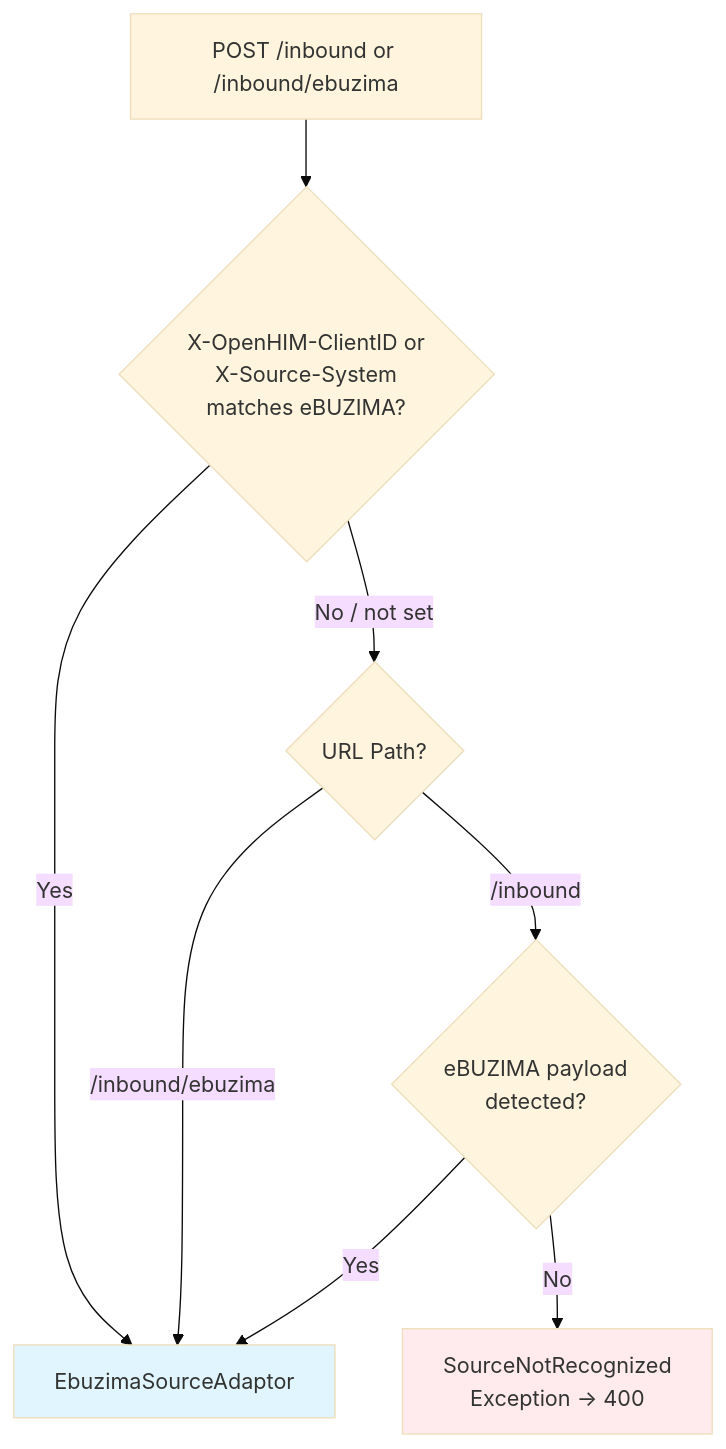
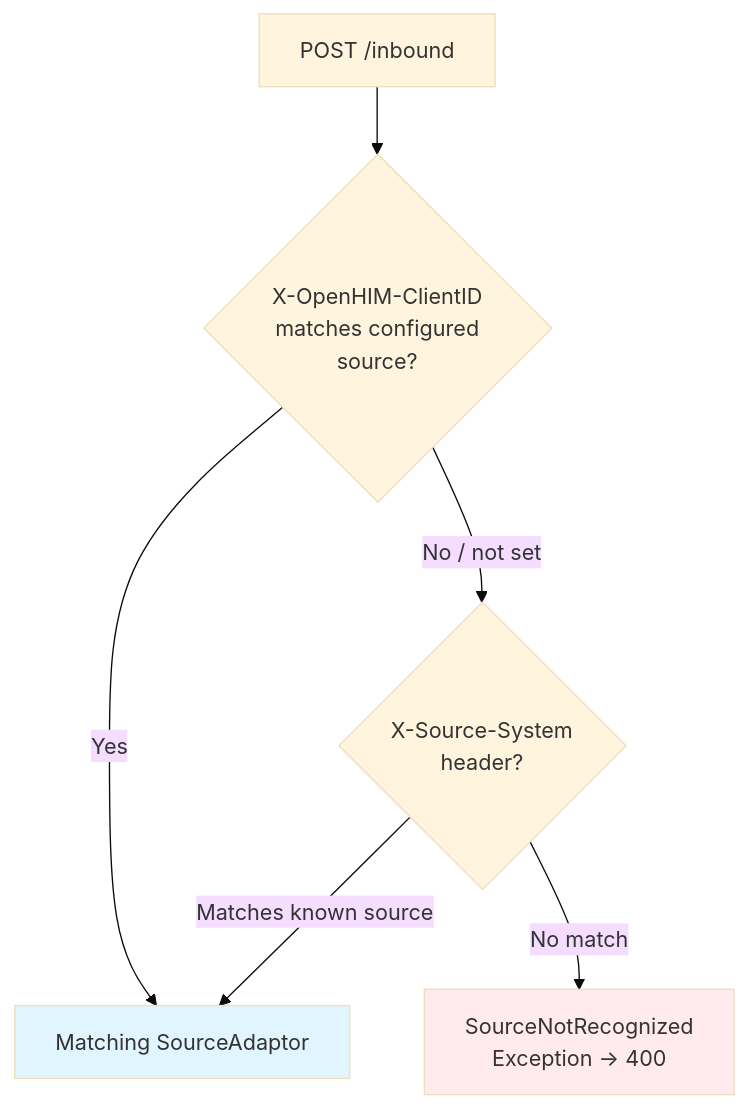
The third of 8 diagrams in docs/flow-diagrams.md (Jayaprakash8887/openhim-cce-emitter-adaptor), drawn with Mermaid (base theme) before and after one commit. The commit also changed other lines of this file and 5 other files, not shown here.

````diff
--- a/docs/flow-diagrams.md
+++ b/docs/flow-diagrams.md
@@ -96,16 +96,13 @@
 ```mermaid
 flowchart TD
-    A[POST /inbound or /inbound/ebuzima] --> B{X-OpenHIM-ClientID or<br/>X-Source-System<br/>matches eBUZIMA?}
+    A[POST /inbound] --> B{X-OpenHIM-ClientID<br/>matches configured<br/>source?}
 
-    B -->|Yes| C[EbuzimaSourceAdaptor]
-    B -->|No / not set| G{URL Path?}
+    B -->|Yes| C[Matching SourceAdaptor]
+    B -->|No / not set| G{X-Source-System<br/>header?}
 
-    G -->|/inbound/ebuzima| C
-    G -->|/inbound| H{eBUZIMA payload<br/>detected?}
-
-    H -->|Yes| C
-    H -->|No| J[SourceNotRecognized<br/>Exception → 400]
+    G -->|Matches known source| C
+    G -->|No match| J[SourceNotRecognized<br/>Exception → 400]
 
     style C fill:#e1f5fe
     style J fill:#ffebee
 ```
````
